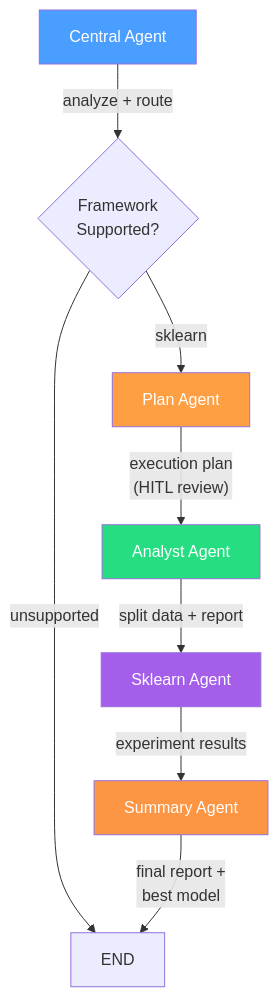
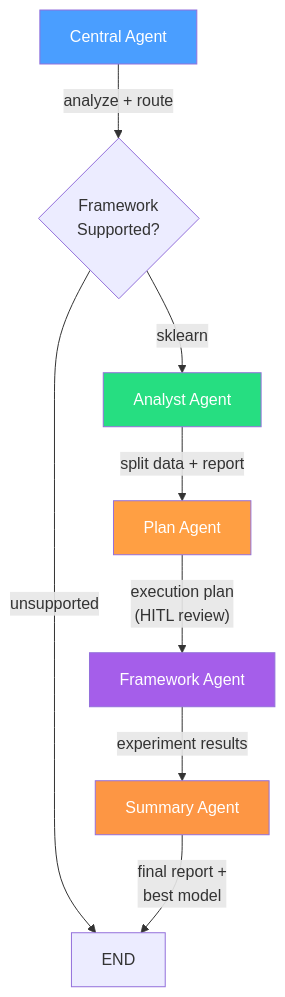
Before and after one commit to lblogan14/Scientist-Bin: the diagram in backend/README.md, drawn with Mermaid. The commit also changed other lines of this file and 6 other files, not shown here.

Commit message:
docs: update flow

````diff
--- a/backend/README.md
+++ b/backend/README.md
@@ -31,16 +31,16 @@
 ```mermaid
 graph TD
     A[Central Agent] -- "analyze + route" --> B{Framework<br/>Supported?}
-    B -->|sklearn| C[Plan Agent]
+    B -->|sklearn| C[Analyst Agent]
     B -->|unsupported| Z[END]
-    C -- "execution plan<br/>(HITL review)" --> D[Analyst Agent]
-    D -- "split data + report" --> E[Sklearn Agent]
+    C -- "split data + report" --> D[Plan Agent]
+    D -- "execution plan<br/>(HITL review)" --> E[Framework Agent]
     E -- "experiment results" --> F[Summary Agent]
     F -- "final report +<br/>best model" --> Z
 
     style A fill:#4a9eff,color:#fff
-    style C fill:#ff9f43,color:#fff
-    style D fill:#26de81,color:#fff
+    style C fill:#26de81,color:#fff
+    style D fill:#ff9f43,color:#fff
     style E fill:#a55eea,color:#fff
     style F fill:#fd9644,color:#fff
 ```
````
